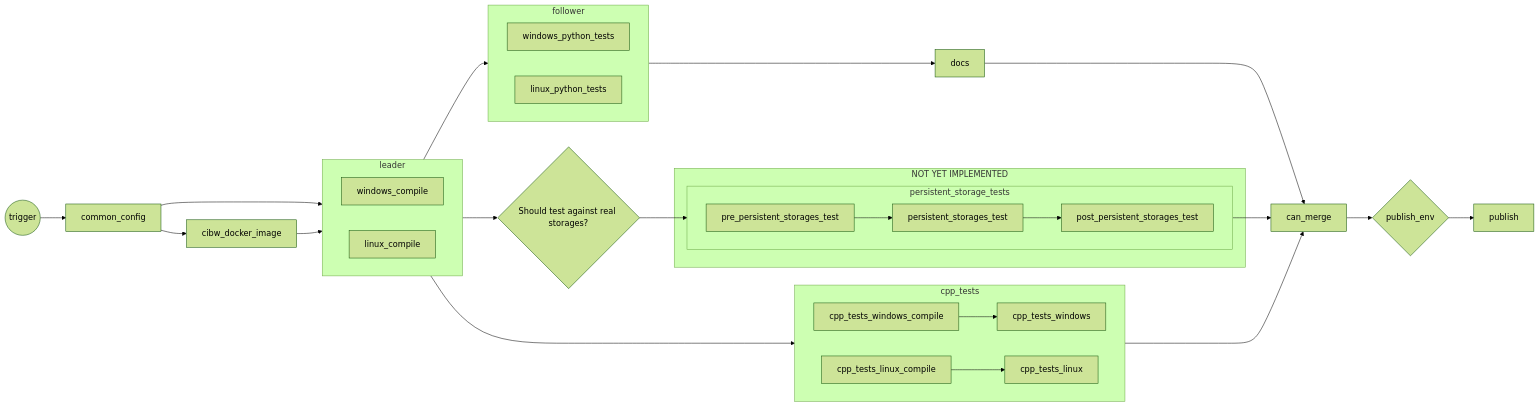
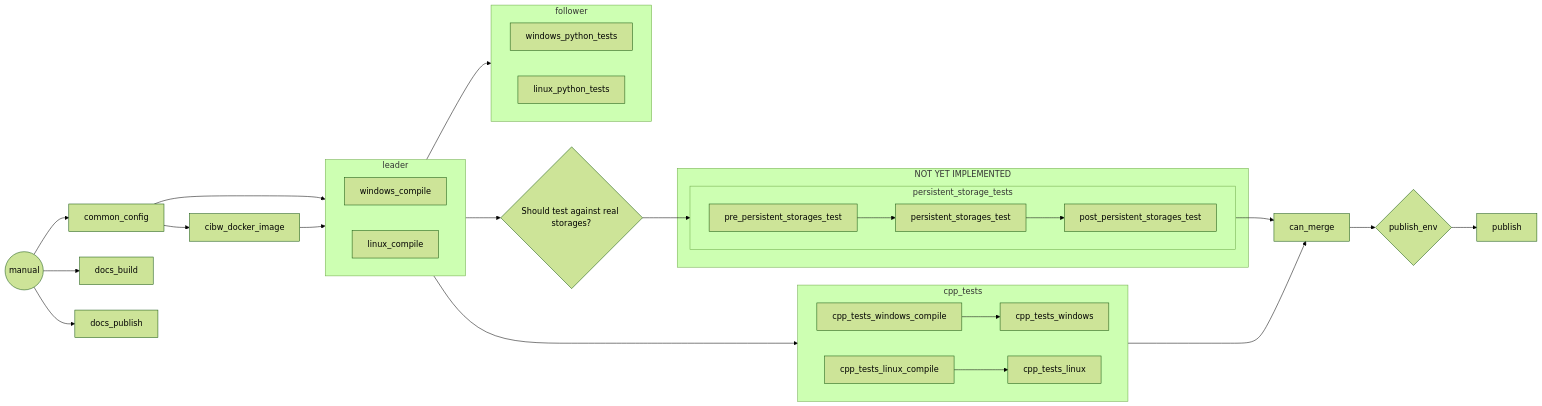
One commit to man-group/ArcticDB changed the diagram in .github/workflows/README.md. Above: the diagram before and after it, drawn with Mermaid (forest theme). The commit also changed other lines of this file, not shown here.

````diff
--- a/.github/workflows/README.md
+++ b/.github/workflows/README.md
@@ -19,39 +19,39 @@
 ``` mermaid
 ---
 Build Steps
 ---
 flowchart LR
     A((trigger)) --> common_config
     common_config --> cibw_docker_image
     common_config --> windows_compile
     cibw_docker_image --> linux_compile
     subgraph leader
         direction LR
         windows_compile
         linux_compile
     end
     subgraph follower
         direction LR
         windows_python_tests
         linux_python_tests
     end
     subgraph cpp_tests
         direction LR
         cpp_tests_windows_compile --> cpp_tests_windows
         cpp_tests_linux_compile --> cpp_tests_linux
     end
     subgraph NOT YET IMPLEMENTED
         subgraph persistent_storage_tests
             direction LR
             pre_persistent_storages_test --> persistent_storages_test
             persistent_storages_test --> post_persistent_storages_test
         end
     end
     leader --> follower
     leader --> cpp_tests
     leader --> persistent_storage{Should test against real storages?} --> persistent_storage_tests --> can_merge
-    follower --> docs
-    docs --> can_merge
     cpp_tests --> can_merge
     can_merge --> pub_check{publish_env} --> publish
+    A((manual)) --> docs_build
+    A((manual)) --> docs_publish
 ```
````
